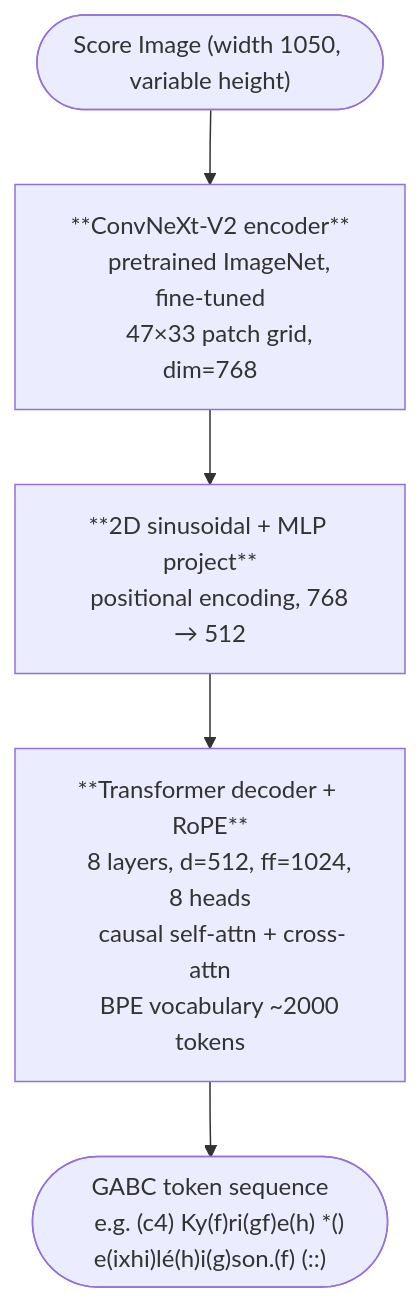
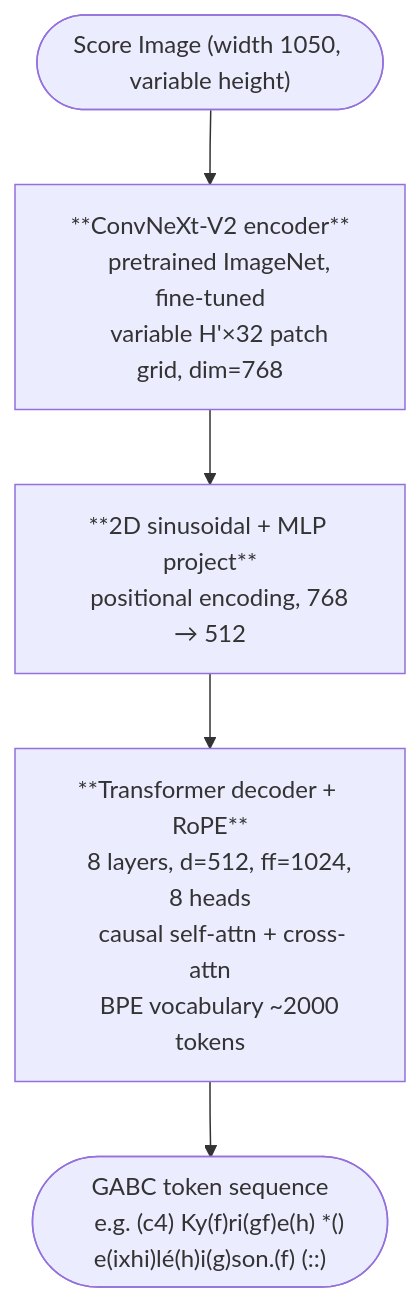
The first of 2 diagrams in README.md (pgarciaq/chant-omr), drawn with Mermaid before and after one commit. The commit also changed other lines of this file and 5 other files, not shown here.

First line of the commit message:
Implement ConvNeXt-V2 visual encoder with variable patch grid (#9).

````diff
--- a/README.md
+++ b/README.md
@@ -23,17 +23,17 @@
 ```mermaid
 flowchart TD
     A(["Score Image (width 1050, variable height)"])
     B["**ConvNeXt-V2 encoder**
     pretrained ImageNet, fine-tuned
-    47×33 patch grid, dim=768"]
+    variable H'×32 patch grid, dim=768"]
     C["**2D sinusoidal + MLP project**
     positional encoding, 768 → 512"]
     D["**Transformer decoder + RoPE**
     8 layers, d=512, ff=1024, 8 heads
     causal self-attn + cross-attn
     BPE vocabulary ~2000 tokens"]
     E(["GABC token sequence
     e.g. (c4) Ky(f)ri(gf)e(h) *() e(ixhi)lé(h)i(g)son.(f) (::)"])
 
     A --> B --> C --> D --> E
 ```
````
